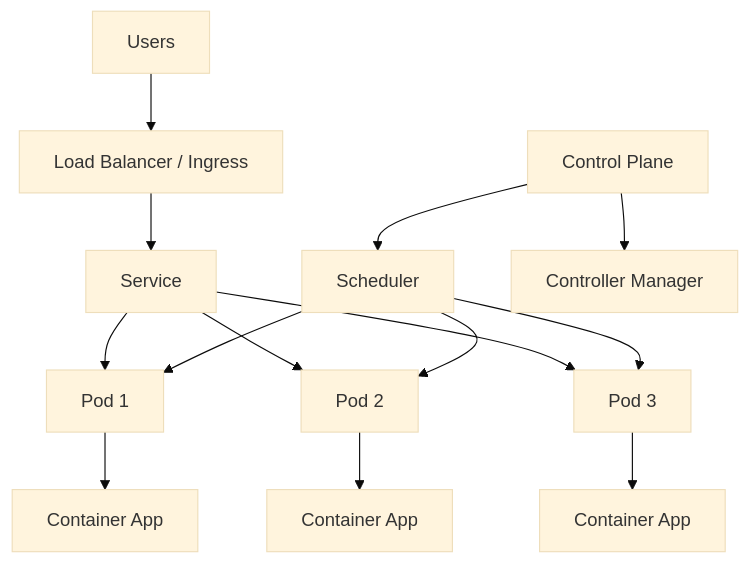
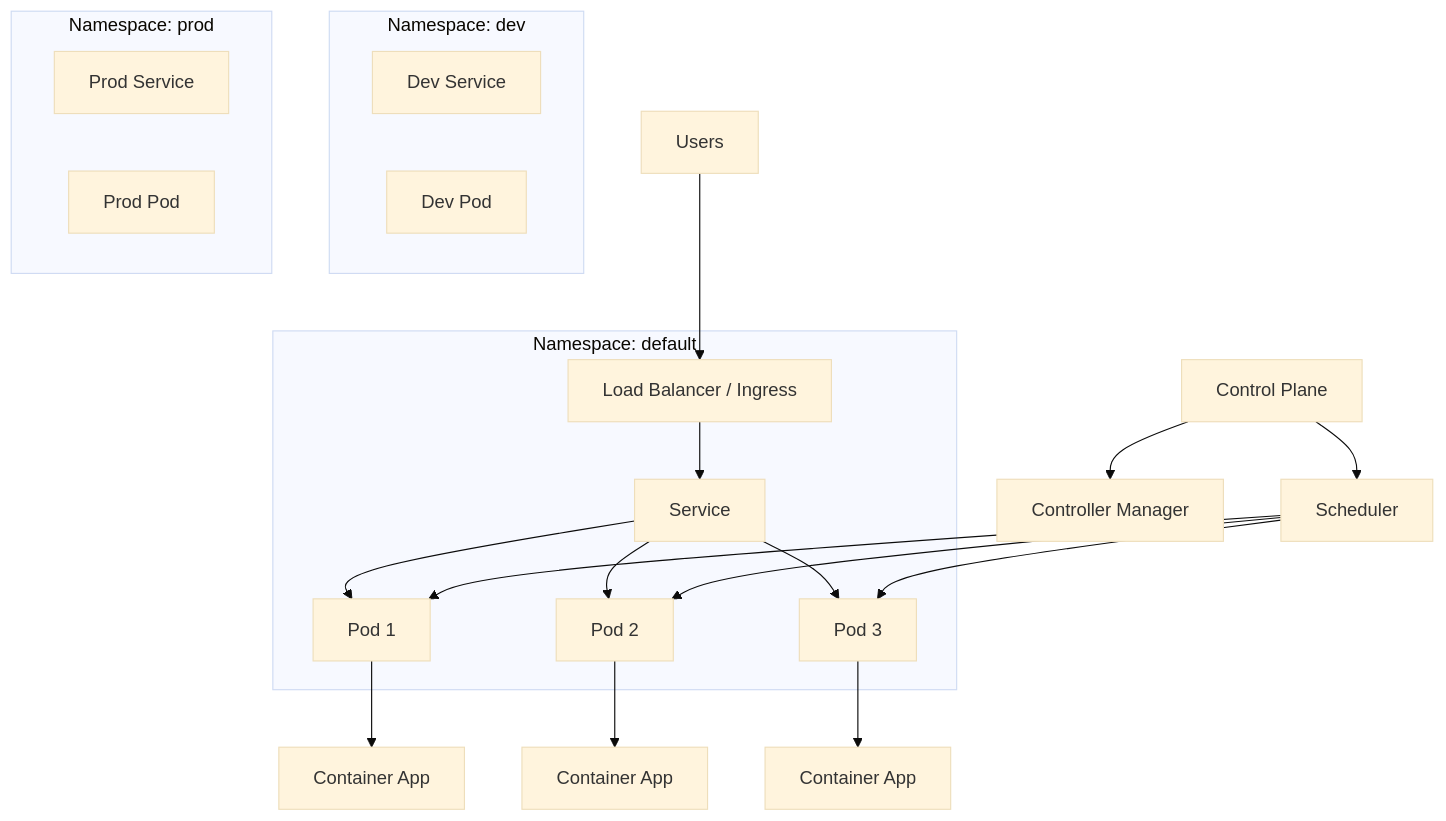
The first of 11 diagrams in Sigma 6.0/Kubernetes/README.md (PriyanshuKSharma/ApnaCollege), drawn with Mermaid (base theme) before and after one commit. The commit also changed other lines of this file and 1 other file, not shown here.

Commit message:
feat: Enhance Kubernetes documentation with namespace management commands and best practices

````diff
--- a/Sigma 6.0/Kubernetes/README.md
+++ b/Sigma 6.0/Kubernetes/README.md
@@ -8,16 +8,34 @@
 ```mermaid
 flowchart TD
   U[Users] --> LB[Load Balancer / Ingress]
   LB --> SVC[Service]
   SVC --> P1[Pod 1]
   SVC --> P2[Pod 2]
   SVC --> P3[Pod 3]
   P1 --> C1[Container App]
   P2 --> C2[Container App]
   P3 --> C3[Container App]
   CP[Control Plane] --> SCH[Scheduler]
   CP --> CM[Controller Manager]
   SCH --> P1
   SCH --> P2
   SCH --> P3
+
+  subgraph NS1["Namespace: default"]
+    LB
+    SVC
+    P1
+    P2
+    P3
+  end
+
+  subgraph NS2["Namespace: dev"]
+    DEV_SVC[Dev Service]
+    DEV_POD[Dev Pod]
+  end
+
+  subgraph NS3["Namespace: prod"]
+    PROD_SVC[Prod Service]
+    PROD_POD[Prod Pod]
+  end
 ```
````
